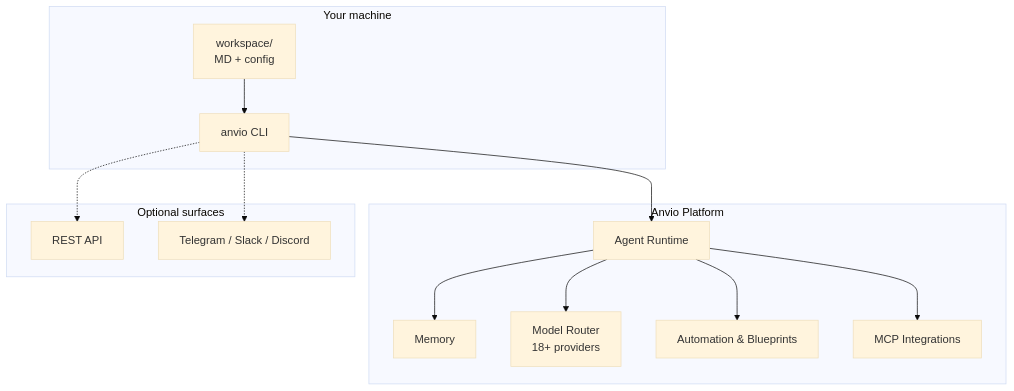
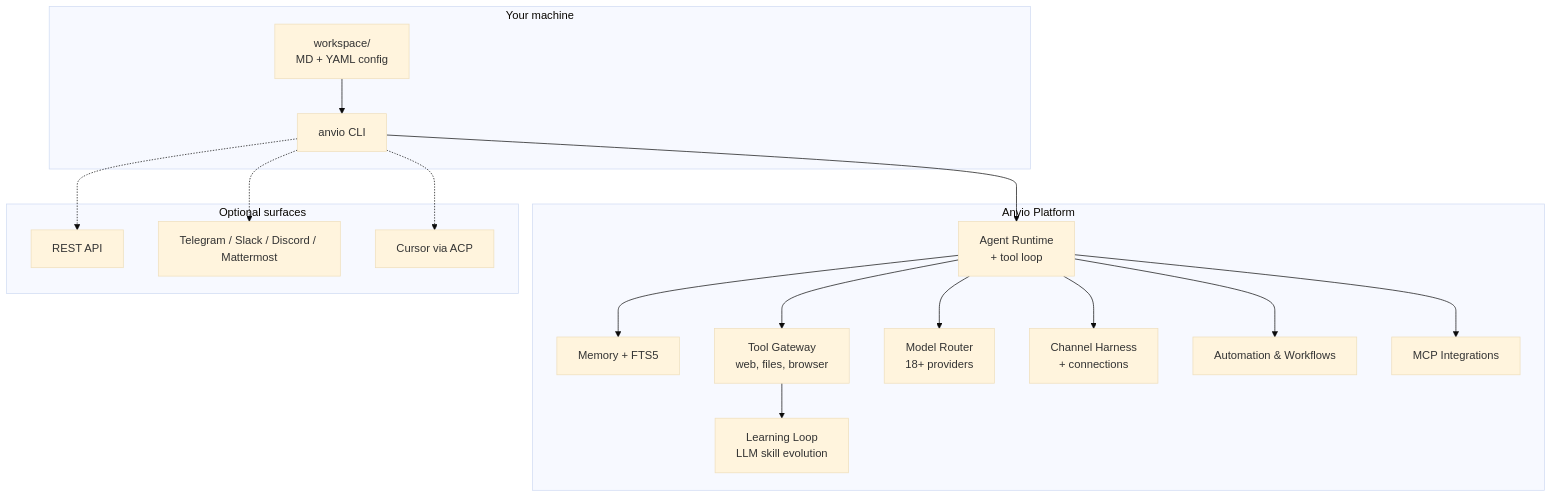
The first of 3 diagrams in README.md (viantonugroho11/Anvio), drawn with Mermaid (base theme) before and after one commit. The commit also changed other lines of this file, not shown here.

````diff
--- a/README.md
+++ b/README.md
@@ -37,26 +42,31 @@
 ```mermaid
 flowchart TB
     subgraph You["Your machine"]
-        WS["workspace/<br/>MD + config"]
+        WS["workspace/<br/>MD + YAML config"]
         CLI["anvio CLI"]
     end
 
     subgraph Anvio["Anvio Platform"]
-        RT["Agent Runtime"]
-        MEM["Memory"]
+        RT["Agent Runtime<br/>+ tool loop"]
+        MEM["Memory + FTS5"]
+        LR["Learning Loop<br/>LLM skill evolution"]
+        TG["Tool Gateway<br/>web, files, browser"]
         RTG["Model Router<br/>18+ providers"]
-        AUTO["Automation & Blueprints"]
+        HAR["Channel Harness<br/>+ connections"]
+        AUTO["Automation & Workflows"]
         MCP["MCP Integrations"]
     end
 
     subgraph Optional["Optional surfaces"]
         API["REST API"]
-        BOT["Telegram / Slack / Discord"]
+        BOT["Telegram / Slack / Discord / Mattermost"]
+        ACP["Cursor via ACP"]
     end
 
     WS --> CLI
     CLI --> RT
-    RT --> MEM & RTG
-    RT --> AUTO & MCP
-    CLI -.-> API & BOT
+    RT --> MEM & RTG & TG
+    TG --> LR
+    RT --> AUTO & MCP & HAR
+    CLI -.-> API & BOT & ACP
 ```
````
